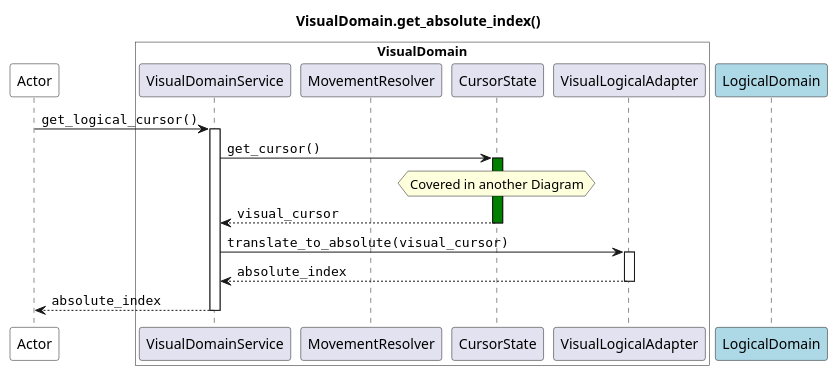
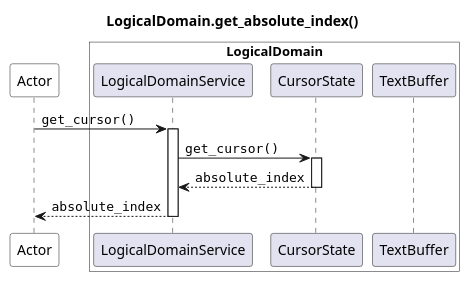
The diagram in docs/source/specs/architecture/diagrams/sequence/seq_get_abs_index.puml (JoeRittiner/TextEngine), drawn with PlantUML before and after one commit. The commit also changed 3 other files, not shown here.

Commit message:
doc: Update "Get Cursor" diagrams

```diff
--- a/docs/source/specs/architecture/diagrams/sequence/seq_get_abs_index.puml
+++ b/docs/source/specs/architecture/diagrams/sequence/seq_get_abs_index.puml
@@ -1,24 +1,19 @@
 @startuml
 
-title VisualDomain.get_absolute_index()
+title LogicalDomain.get_absolute_index()
 
 participant Actor as app #white
-box "VisualDomain" #white
-    participant VisualDomainService as VS
-    participant MovementResolver as MR
+box "LogicalDomain" #white
+    participant LogicalDomainService as LS
     participant CursorState as CS
-    participant VisualLogicalAdapter as VA
+    participant TextBuffer as TB
 end box
-participant LogicalDomain as LD #lightblue
 
-app -> VS : ""get_logical_cursor()""
-activate VS
-    VS -> CS : ""get_cursor()""
-    activate CS #green
-        hnote over CS : Covered in another Diagram
-        return ""visual_cursor""
-    VS -> VA : ""translate_to_absolute(visual_cursor)""
-    activate VA
+app -> LS : ""get_cursor()""
+activate LS
+    LS -> CS : ""get_cursor()""
+    activate CS
         return ""absolute_index""
     return ""absolute_index""
+
 @enduml
```
